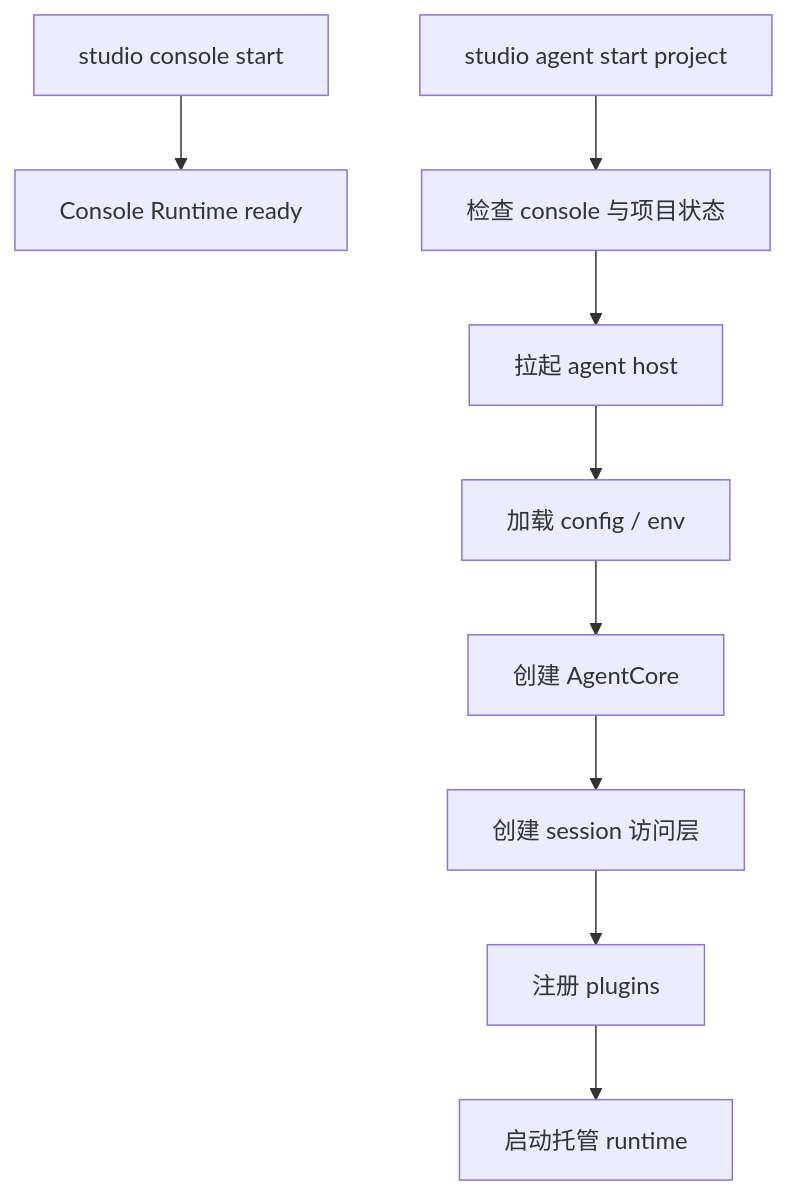
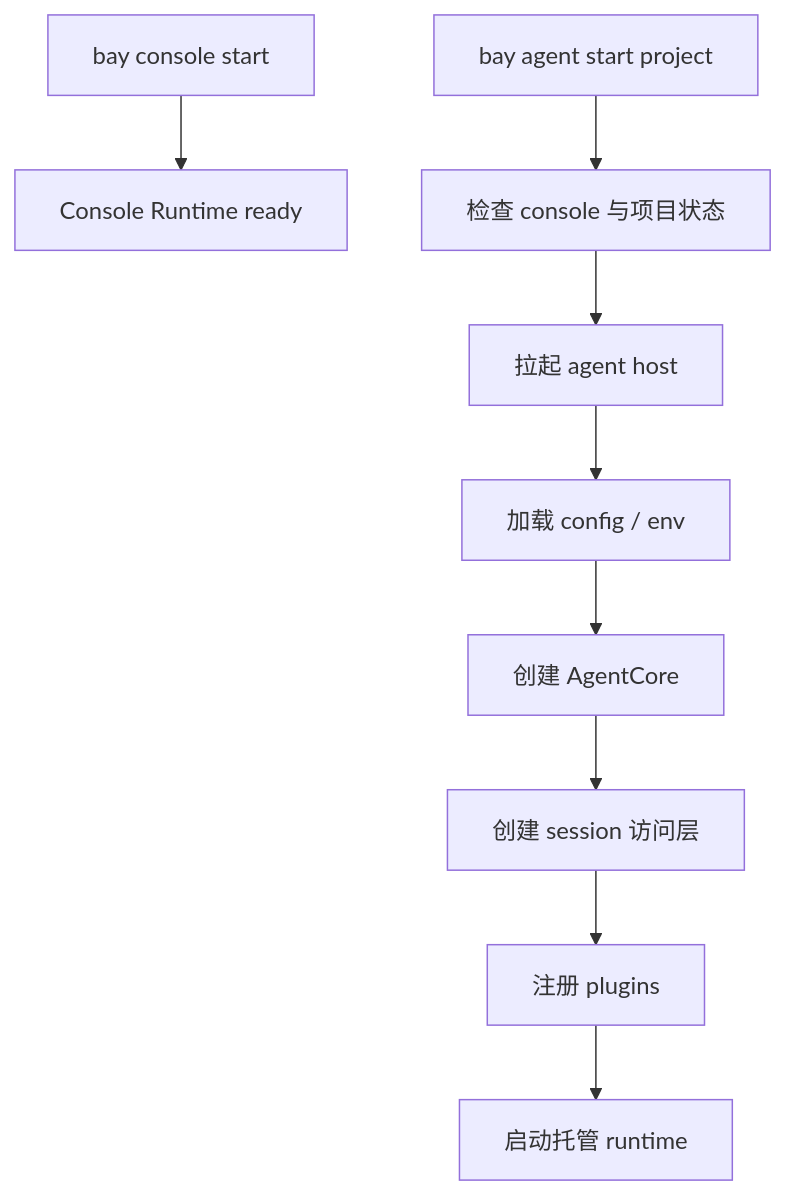
Before and after one commit to wangenius/downcity: the second of 2 diagrams in homepage/content/devdocs/zh/session/console-and-session-runtime.mdx, drawn with Mermaid. The commit also changed 299 other files, not shown here.

Commit message:
feat(city): rename studio domain to bay

````diff
--- a/homepage/content/devdocs/zh/session/console-and-session-runtime.mdx
+++ b/homepage/content/devdocs/zh/session/console-and-session-runtime.mdx
@@ -108,11 +108,11 @@
 ```mermaid
 flowchart TD
-  A["studio console start"] --> B["Console Runtime ready"]
-  C["studio agent start project"] --> D["检查 console 与项目状态"]
+  A["bay console start"] --> B["Console Runtime ready"]
+  C["bay agent start project"] --> D["检查 console 与项目状态"]
   D --> E["拉起 agent host"]
   E --> F["加载 config / env"]
   F --> G["创建 AgentCore"]
   G --> H["创建 session 访问层"]
   H --> I["注册 plugins"]
   I --> J["启动托管 runtime"]
 ```
````
